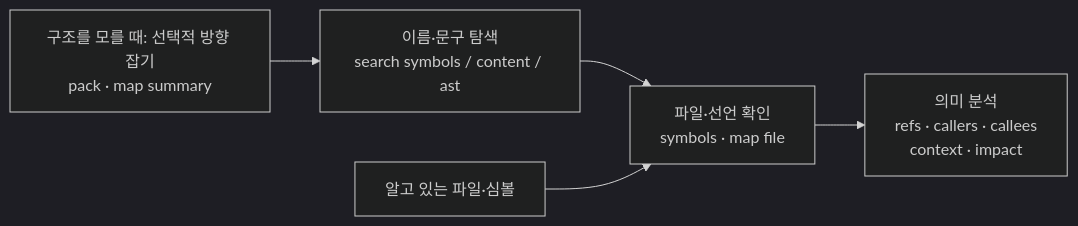
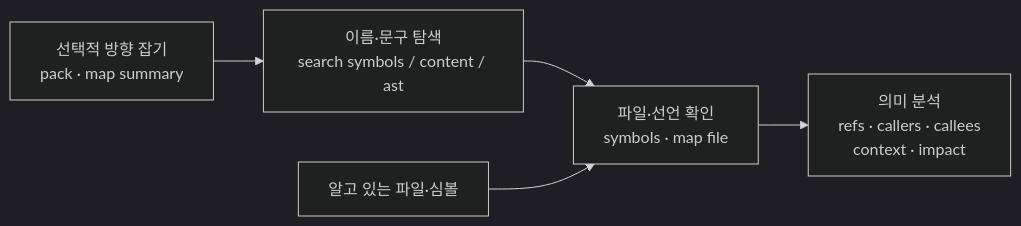
The second of 2 diagrams in README.md (junyeong-ai/symora), drawn with Mermaid (dark theme) before and after one commit. The commit also changed other lines of this file and 8 other files, not shown here.

````diff
--- a/README.md
+++ b/README.md
@@ -97,7 +97,7 @@
 ```mermaid
 flowchart LR
-    O["구조를 모를 때: 선택적 방향 잡기<br/>pack · map summary"] --> D["이름·문구 탐색<br/>search symbols / content / ast"]
+    O["선택적 방향 잡기<br/>pack · map summary"] --> D["이름·문구 탐색<br/>search symbols / content / ast"]
     D --> I["파일·선언 확인<br/>symbols · map file"]
     K["알고 있는 파일·심볼"] --> I
     I --> X["의미 분석<br/>refs · callers · callees<br/>context · impact"]
 ```
````
